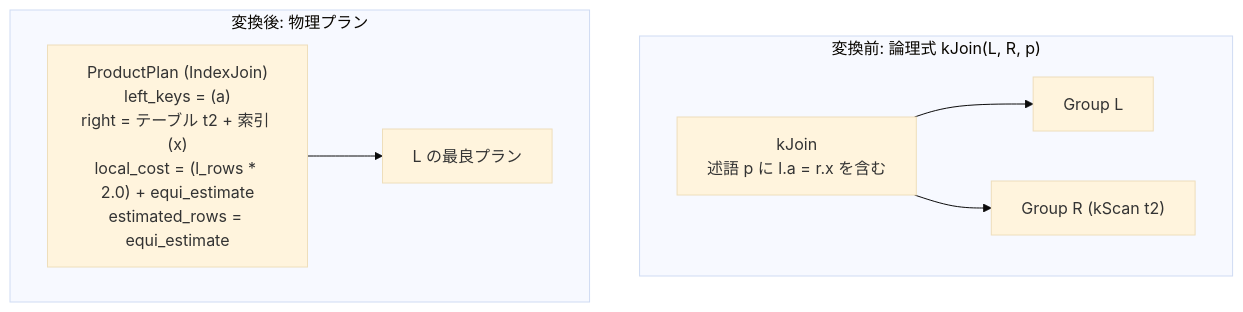
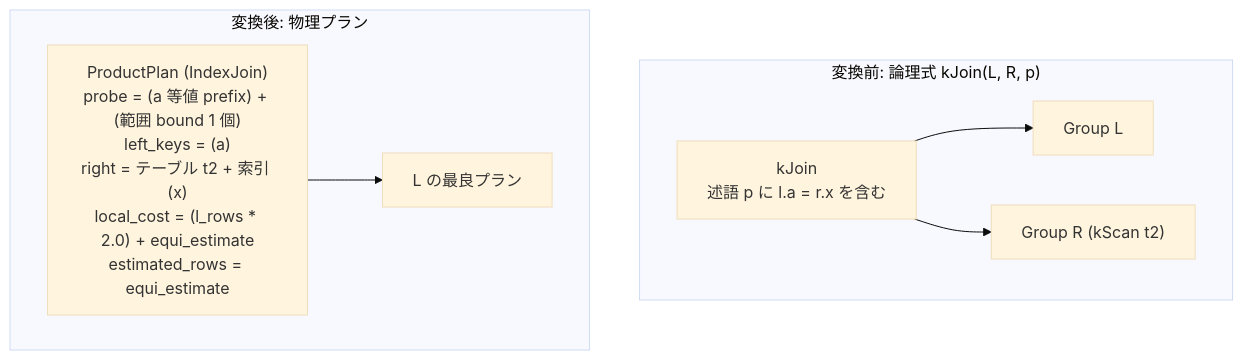
The diagram in docs/opt/part2-rules/implementation/index_join.md (kumagi/tinylamb), drawn with Mermaid (base theme) before and after one commit. The commit also changed other lines of this file and 559 other files, not shown here.

````diff
--- a/docs/opt/part2-rules/implementation/index_join.md
+++ b/docs/opt/part2-rules/implementation/index_join.md
@@ -12,10 +15,10 @@
 ```mermaid
 graph TD
   subgraph before["変換前: 論理式 kJoin(L, R, p)"]
     J["kJoin<br/>述語 p に l.a = r.x を含む"] --> L["Group L"]
     J --> R2["Group R (kScan t2)"]
   end
   subgraph after["変換後: 物理プラン"]
-    IJ["ProductPlan (IndexJoin)<br/>left_keys = (a)<br/>right = テーブル t2 + 索引 (x)<br/>local_cost = (l_rows * 2.0) + equi_estimate<br/>estimated_rows = equi_estimate"] --> L1["L の最良プラン"]
+    IJ["ProductPlan (IndexJoin)<br/>probe = (a 等値 prefix) + (範囲 bound 1 個)<br/>left_keys = (a)<br/>right = テーブル t2 + 索引 (x)<br/>local_cost = (l_rows * 2.0) + equi_estimate<br/>estimated_rows = equi_estimate"] --> L1["L の最良プラン"]
   end
 ```
````
